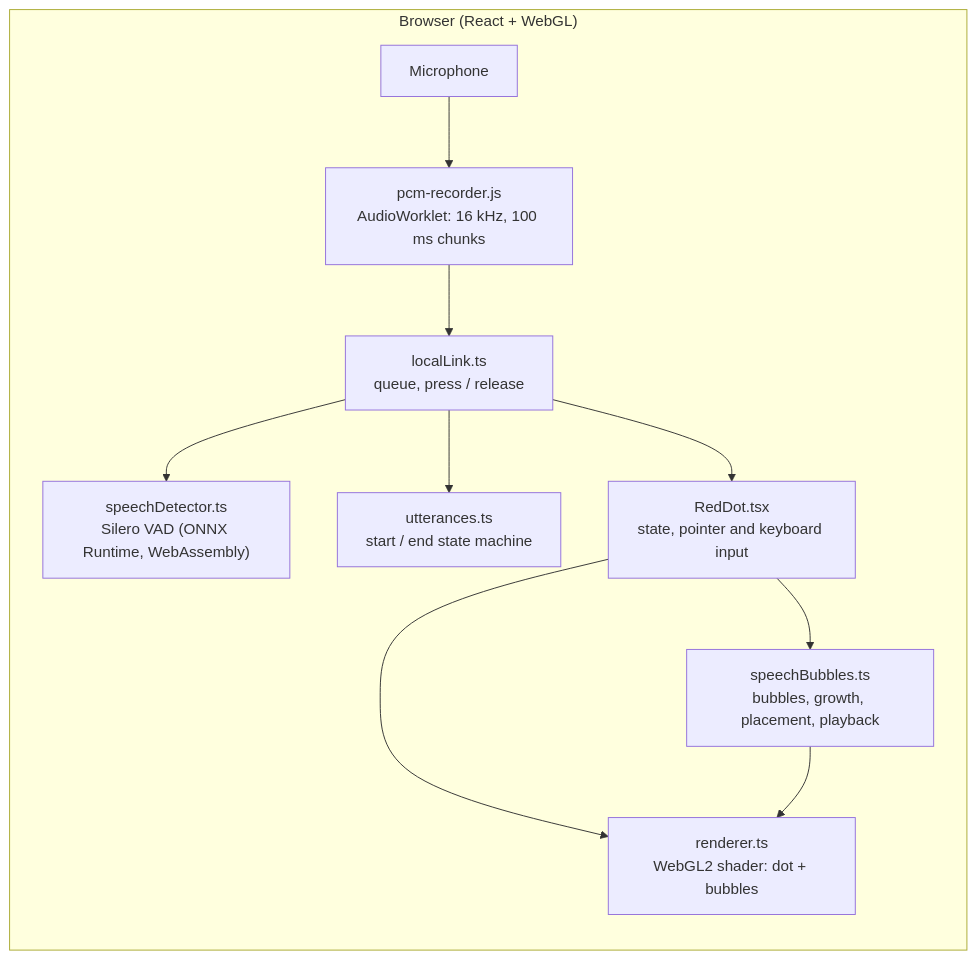
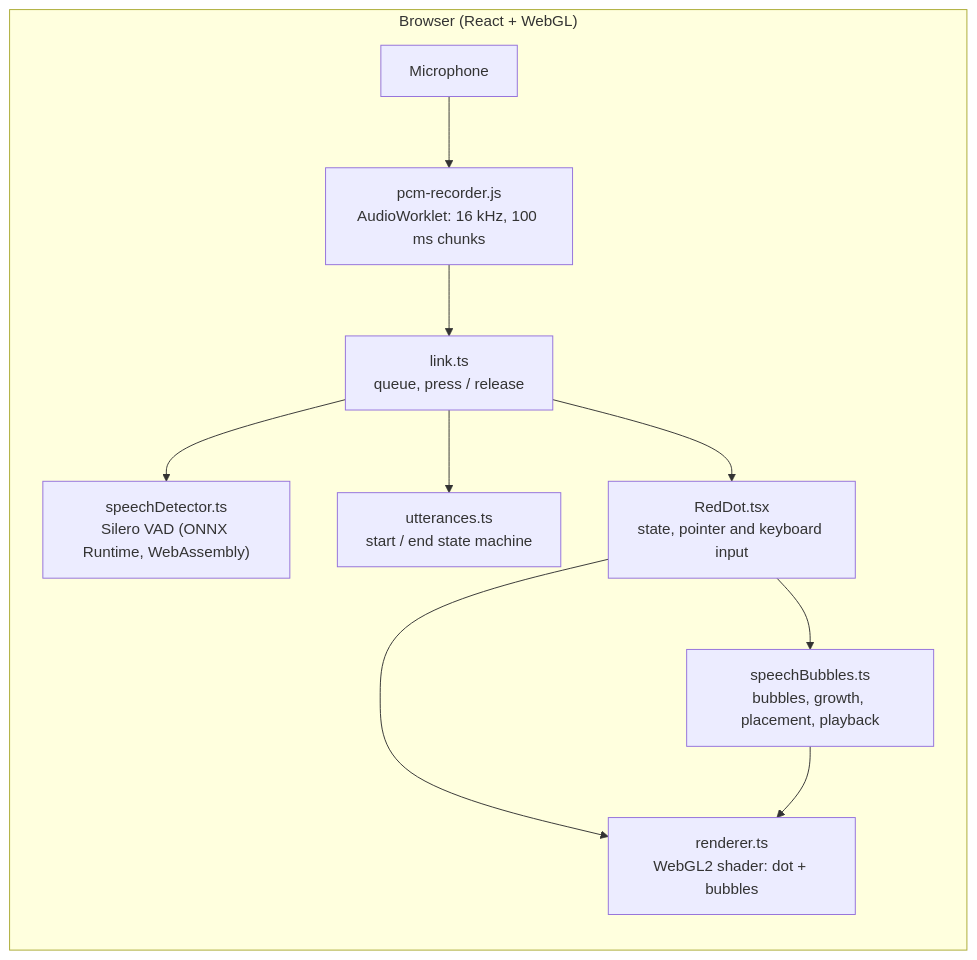
One commit to ma-hei/RedDot changed the diagram in README.md. Above: the diagram before and after it, drawn with Mermaid. The commit also changed other lines of this file and 11 other files, not shown here.

````diff
--- a/README.md
+++ b/README.md
@@ -55,13 +55,13 @@
 ```mermaid
 flowchart LR
   subgraph browser["Browser (React + WebGL)"]
     mic["Microphone"] --> rec["pcm-recorder.js<br/>AudioWorklet: 16 kHz, 100 ms chunks"]
-    rec --> link["localLink.ts<br/>queue, press / release"]
+    rec --> link["link.ts<br/>queue, press / release"]
     link --> vad["speechDetector.ts<br/>Silero VAD (ONNX Runtime, WebAssembly)"]
     link --> utt["utterances.ts<br/>start / end state machine"]
     link --> dot["RedDot.tsx<br/>state, pointer and keyboard input"]
     dot --> bubbles["speechBubbles.ts<br/>bubbles, growth, placement, playback"]
     dot --> gl["renderer.ts<br/>WebGL2 shader: dot + bubbles"]
     bubbles --> gl
   end
 ```
````
